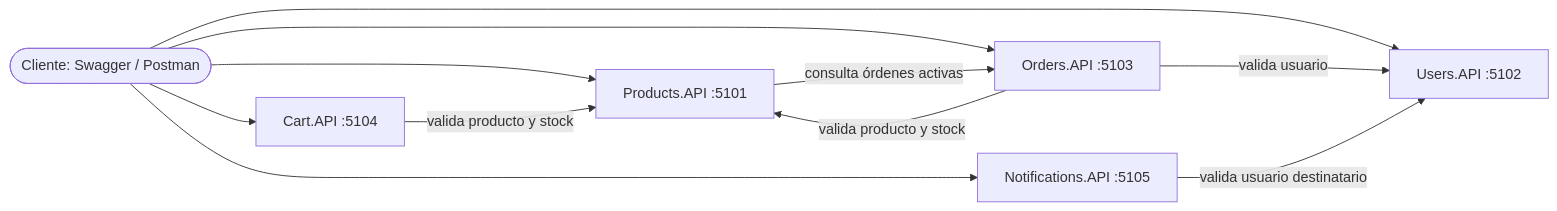
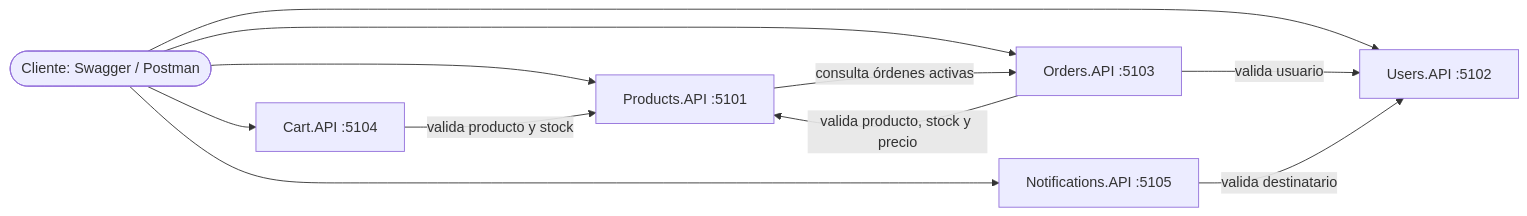
Before and after one commit to VaniVarg/Grupo_20: the first of 2 diagrams in docs/arquitectura.md, drawn with Mermaid. The commit also changed other lines of this file and 1 other file, not shown here.

Commit message:
docs: agregar diagrama de arquitectura final y documento de arquitectura

````diff
--- a/docs/arquitectura.md
+++ b/docs/arquitectura.md
@@ -5,22 +7,22 @@
 ```mermaid
 flowchart LR
     Cliente([Cliente: Swagger / Postman])
 
     Products[Products.API :5101]
     Users[Users.API :5102]
     Orders[Orders.API :5103]
     Cart[Cart.API :5104]
     Notifications[Notifications.API :5105]
 
     Cliente --> Products
     Cliente --> Users
     Cliente --> Orders
     Cliente --> Cart
     Cliente --> Notifications
 
     Cart -->|valida producto y stock| Products
     Orders -->|valida usuario| Users
-    Orders -->|valida producto y stock| Products
+    Orders -->|valida producto, stock y precio| Products
     Products -->|consulta órdenes activas| Orders
-    Notifications -->|valida usuario destinatario| Users
+    Notifications -->|valida destinatario| Users
 ```
````
